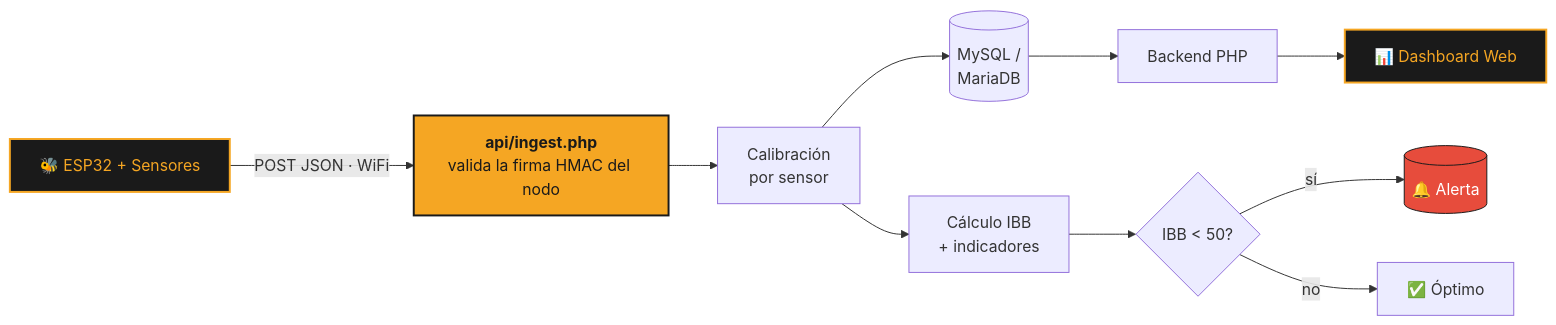
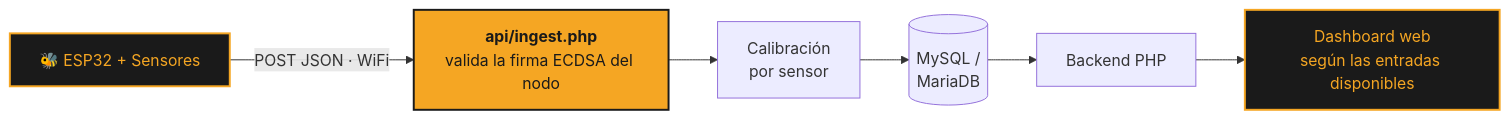
The first of 2 diagrams in README.md (jeronimoparra-ai/BeeStation_Sena), drawn with Mermaid before and after one commit. The commit also changed other lines of this file and 42 other files, not shown here.

````diff
--- a/README.md
+++ b/README.md
@@ -45,17 +45,12 @@
 ```mermaid
 flowchart LR
-    A["🐝 ESP32 + Sensores"] -->|"POST JSON · WiFi"| B["<b>api/ingest.php</b><br/>valida la firma HMAC del nodo"]
+    A["🐝 ESP32 + Sensores"] -->|"POST JSON · WiFi"| B["<b>api/ingest.php</b><br/>valida la firma ECDSA del nodo"]
     B --> C["Calibración<br/>por sensor"]
     C --> D[(MySQL /<br/>MariaDB)]
-    C --> E["Cálculo IBB<br/>+ indicadores"]
-    E --> F{"IBB < 50?"}
-    F -->|"sí"| G[("🔔 Alerta")]
-    F -->|"no"| H["✅ Óptimo"]
     D --> I["Backend PHP"]
-    I --> J["📊 Dashboard Web"]
+    I --> J["Dashboard web<br/>según las entradas disponibles"]
 
     style A fill:#1a1a1a,stroke:#F5A623,color:#F5A623,stroke-width:2px
     style B fill:#F5A623,stroke:#1a1a1a,color:#1a1a1a,stroke-width:2px
-    style G fill:#e74c3c,stroke:#1a1a1a,color:#fff
     style J fill:#1a1a1a,stroke:#F5A623,color:#F5A623,stroke-width:2px
 ```
````
